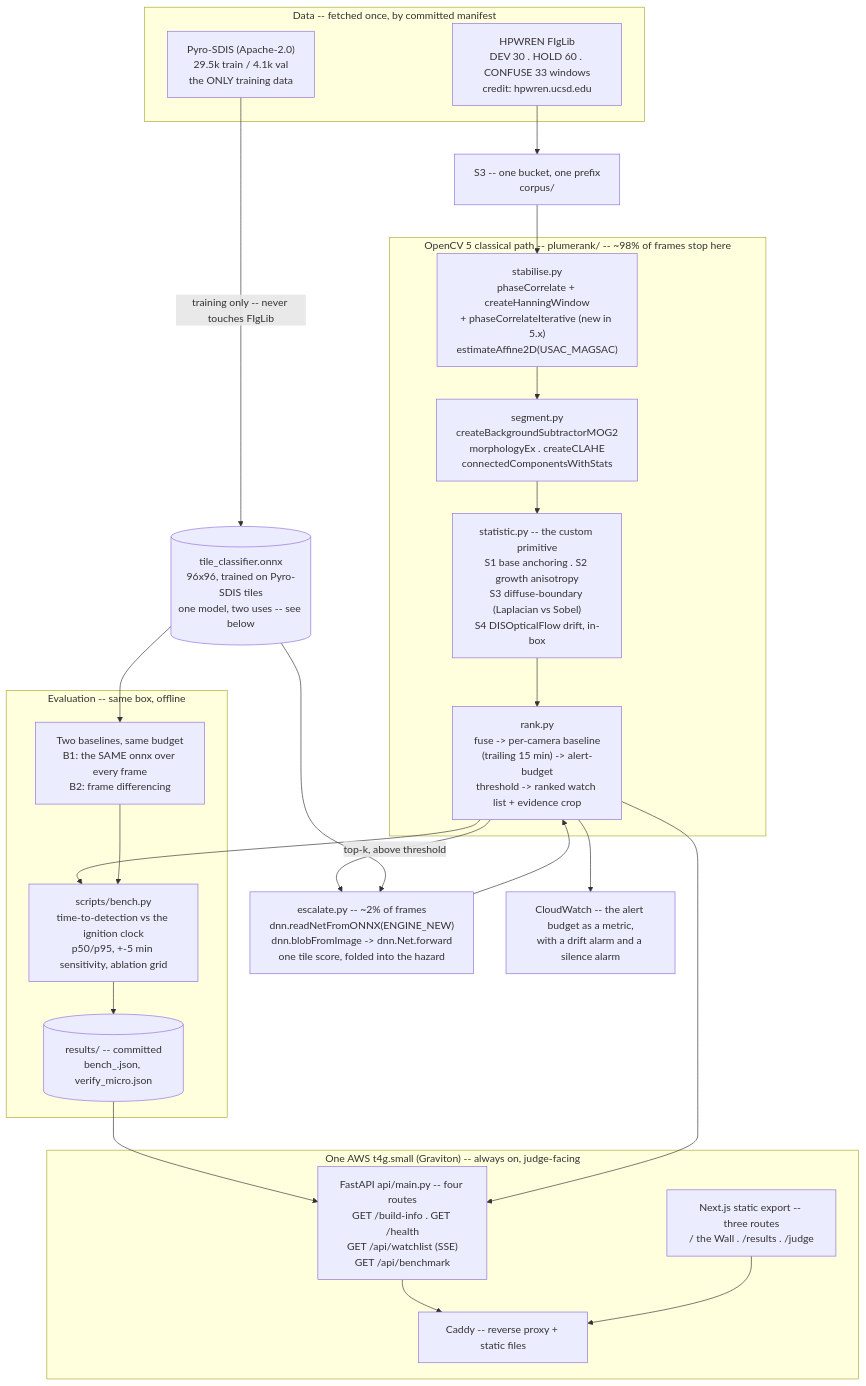
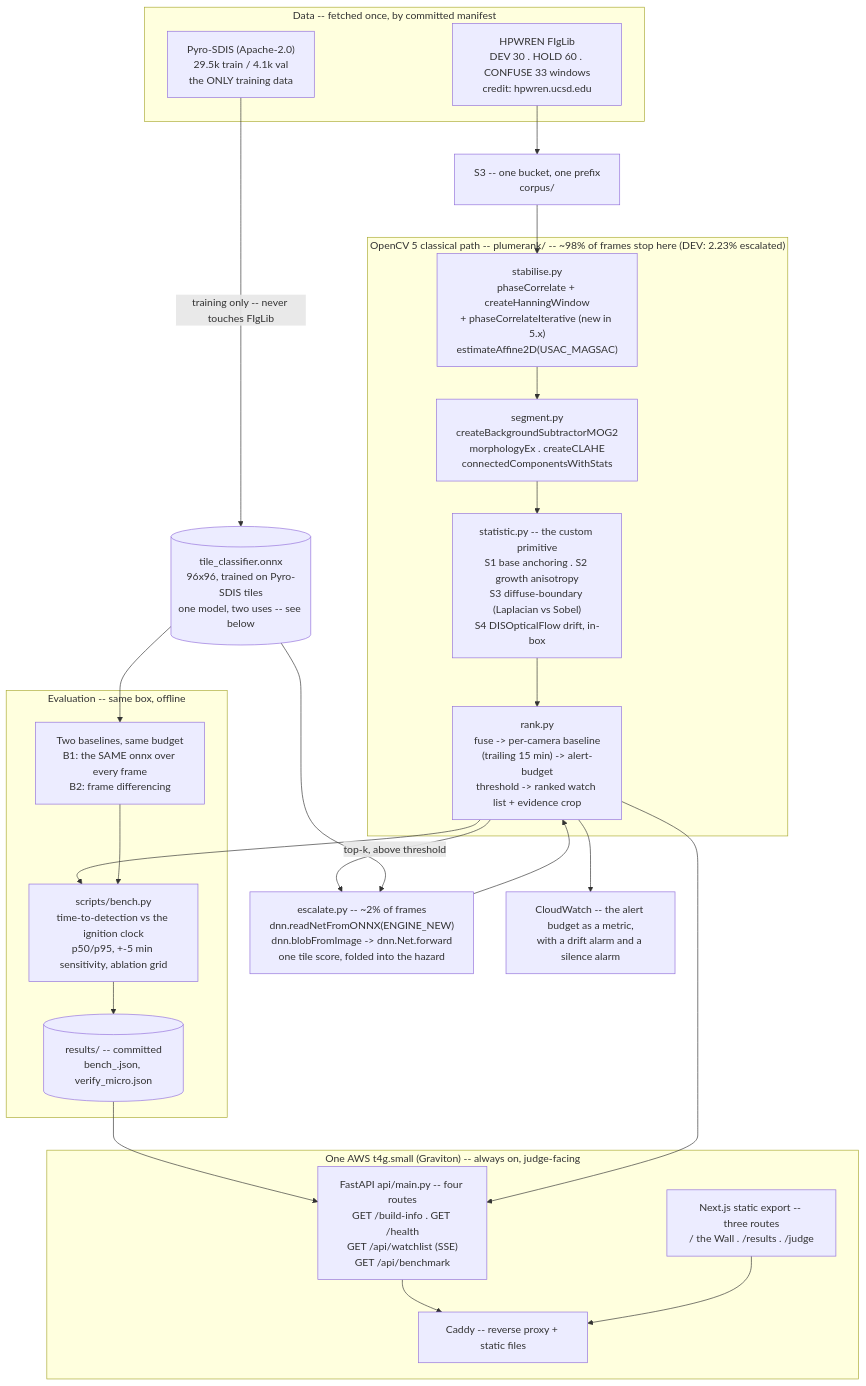
One commit to attilayener/plumerank changed the diagram in ARCHITECTURE.md. Above: the diagram before and after it, drawn with Mermaid. The commit also changed other lines of this file and 37 other files, not shown here.

````diff
--- a/ARCHITECTURE.md
+++ b/ARCHITECTURE.md
@@ -6,46 +6,46 @@
 ```mermaid
 flowchart TB
     subgraph SRC["Data -- fetched once, by committed manifest"]
         FIG["HPWREN FIgLib<br/>DEV 30 . HOLD 60 . CONFUSE 33 windows<br/>credit: hpwren.ucsd.edu"]
         PYR["Pyro-SDIS (Apache-2.0)<br/>29.5k train / 4.1k val<br/>the ONLY training data"]
     end
 
     S3B["S3 -- one bucket, one prefix<br/>corpus/"]
 
-    subgraph CV["OpenCV 5 classical path -- plumerank/ -- ~98% of frames stop here"]
+    subgraph CV["OpenCV 5 classical path -- plumerank/ -- ~98% of frames stop here (DEV: 2.23% escalated)"]
         STAB["stabilise.py<br/>phaseCorrelate + createHanningWindow<br/>+ phaseCorrelateIterative (new in 5.x)<br/>estimateAffine2D(USAC_MAGSAC)"]
         SEG["segment.py<br/>createBackgroundSubtractorMOG2<br/>morphologyEx . createCLAHE<br/>connectedComponentsWithStats"]
         STAT["statistic.py -- the custom primitive<br/>S1 base anchoring . S2 growth anisotropy<br/>S3 diffuse-boundary (Laplacian vs Sobel)<br/>S4 DISOpticalFlow drift, in-box"]
         RANK["rank.py<br/>fuse -> per-camera baseline<br/>(trailing 15 min) -> alert-budget<br/>threshold -> ranked watch list + evidence crop"]
     end
 
     ESC["escalate.py -- ~2% of frames<br/>dnn.readNetFromONNX(ENGINE_NEW)<br/>dnn.blobFromImage -> dnn.Net.forward<br/>one tile score, folded into the hazard"]
 
     ONNX[("tile_classifier.onnx<br/>96x96, trained on Pyro-SDIS tiles<br/>one model, two uses -- see below")]
 
     subgraph EVAL["Evaluation -- same box, offline"]
         BENCH["scripts/bench.py<br/>time-to-detection vs the ignition clock<br/>p50/p95, +-5 min sensitivity, ablation grid"]
         BASE["Two baselines, same budget<br/>B1: the SAME onnx over every frame<br/>B2: frame differencing"]
         RES[("results/ -- committed<br/>bench_<date>.json, verify_micro.json")]
     end
 
     subgraph BOX["One AWS t4g.small (Graviton) -- always on, judge-facing"]
         API["FastAPI api/main.py -- four routes<br/>GET /build-info . GET /health<br/>GET /api/watchlist (SSE)<br/>GET /api/benchmark"]
         WEB["Next.js static export -- three routes<br/>/ the Wall . /results . /judge"]
         CADDY["Caddy -- reverse proxy + static files"]
     end
 
     CW["CloudWatch -- the alert budget as a metric,<br/>with a drift alarm and a silence alarm"]
 
     FIG --> S3B --> STAB --> SEG --> STAT --> RANK
     RANK -->|"top-k, above threshold"| ESC --> RANK
     ONNX --> ESC
     ONNX --> BASE
     PYR -->|"training only -- never touches FIgLib"| ONNX
     RANK --> BENCH
     BASE --> BENCH --> RES --> API
     RANK --> API
     API --> CADDY
     WEB --> CADDY
     RANK --> CW
 ```
````
